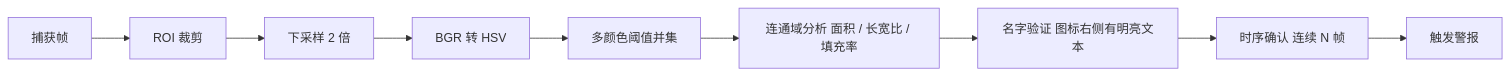
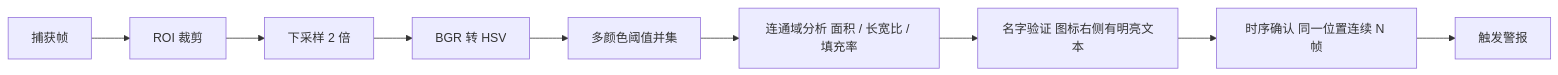
Before and after one commit to ruanpy-1104/eve-local-alert: the second of 2 diagrams in docs/DESIGN.md, drawn with Mermaid. The commit also changed other lines of this file and 3 other files, not shown here.

````diff
--- a/docs/DESIGN.md
+++ b/docs/DESIGN.md
@@ -138,11 +138,11 @@
 ```mermaid
 flowchart LR
     A["捕获帧"] --> B["ROI 裁剪"]
     B --> C["下采样 2 倍"]
     C --> D["BGR 转 HSV"]
     D --> E["多颜色阈值并集"]
     E --> F["连通域分析 面积 / 长宽比 / 填充率"]
     F --> G["名字验证 图标右侧有明亮文本"]
-    G --> H["时序确认 连续 N 帧"]
+    G --> H["时序确认 同一位置连续 N 帧"]
     H --> I["触发警报"]
 ```
````
